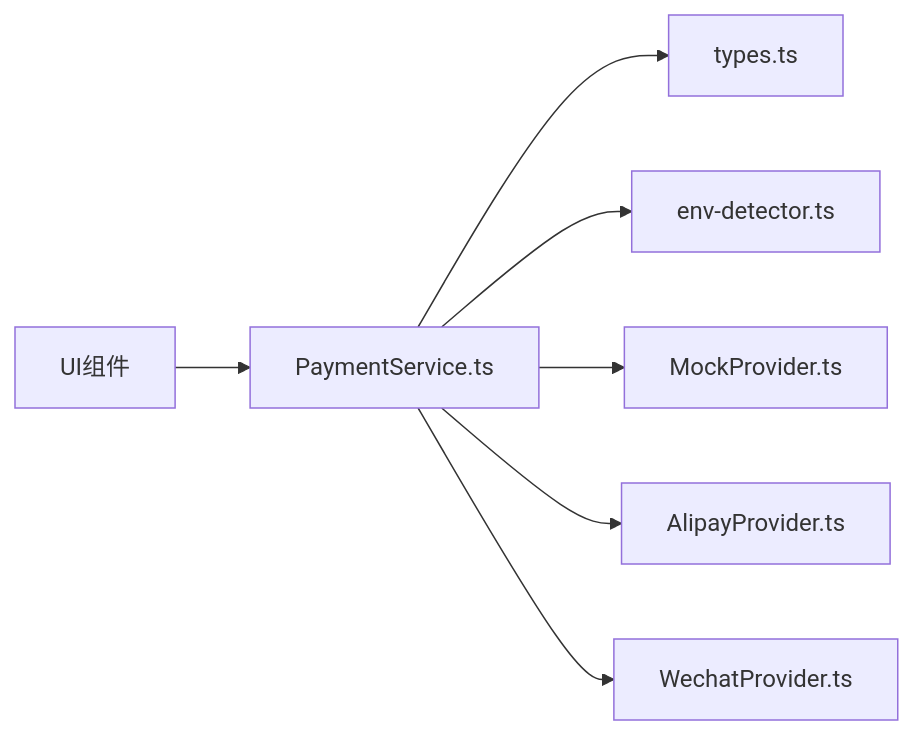
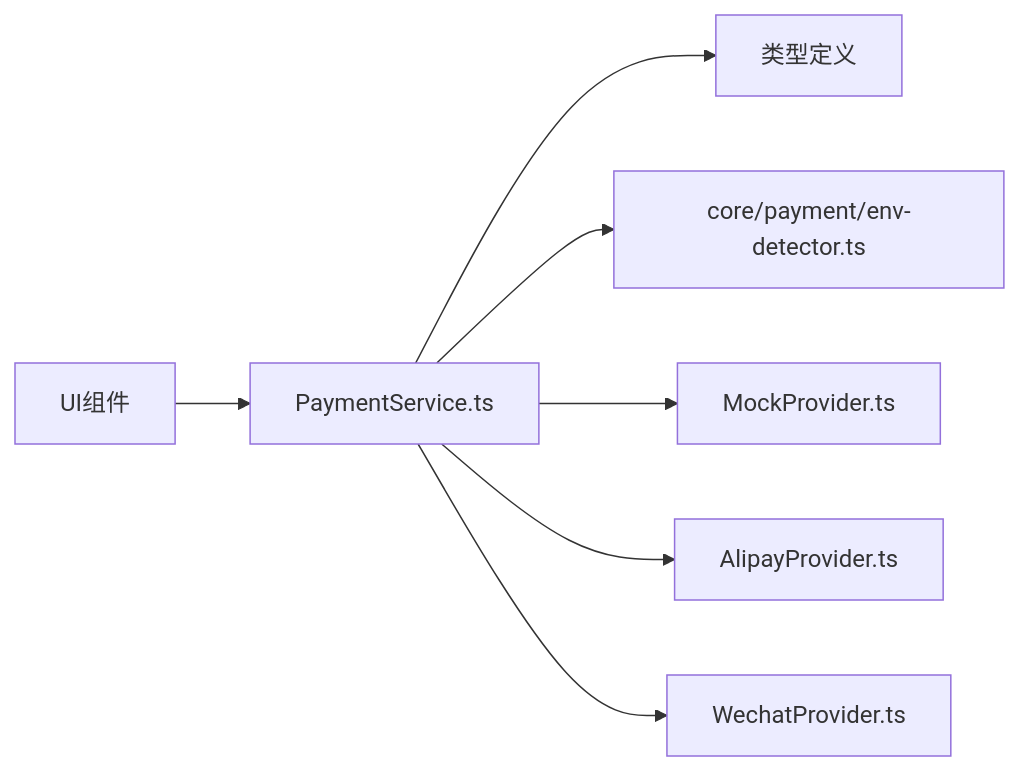
Before and after one commit to Hu-Right/supply-os: the fourth of 4 diagrams in .qoder/repowiki/zh/content/支付系统集成/模拟支付提供商.md, drawn with Mermaid. The commit also changed other lines of this file and 39 other files, not shown here.

````diff
--- a/.qoder/repowiki/zh/content/支付系统集成/模拟支付提供商.md
+++ b/.qoder/repowiki/zh/content/支付系统集成/模拟支付提供商.md
@@ -220,9 +220,9 @@
 ```mermaid
 graph LR
 UI["UI组件"] --> Svc["PaymentService.ts"]
-Svc --> Types["types.ts"]
-Svc --> Env["env-detector.ts"]
+Svc --> Types["类型定义"]
+Svc --> Env["core/payment/env-detector.ts"]
 Svc --> Mock["MockProvider.ts"]
 Svc --> Ali["AlipayProvider.ts"]
 Svc --> Wx["WechatProvider.ts"]
 ```
````
